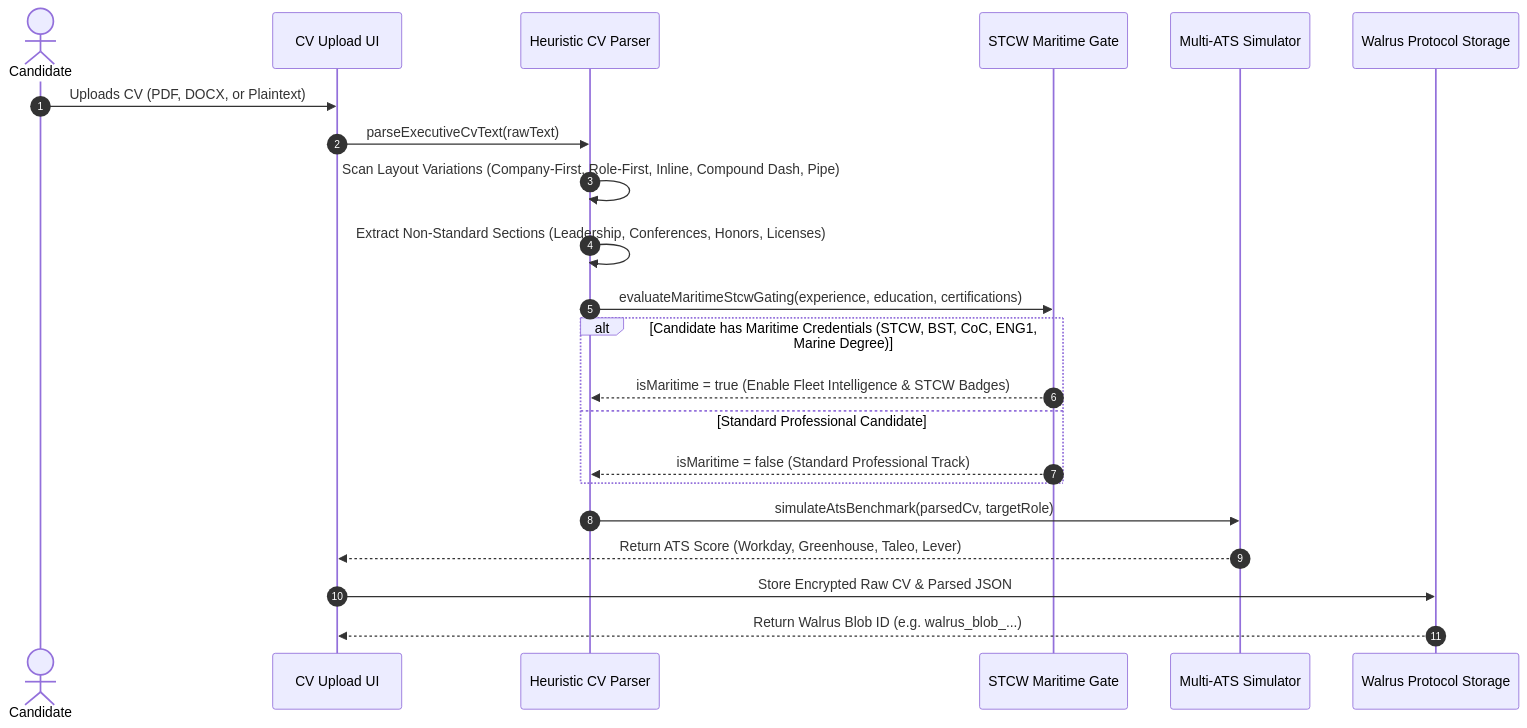
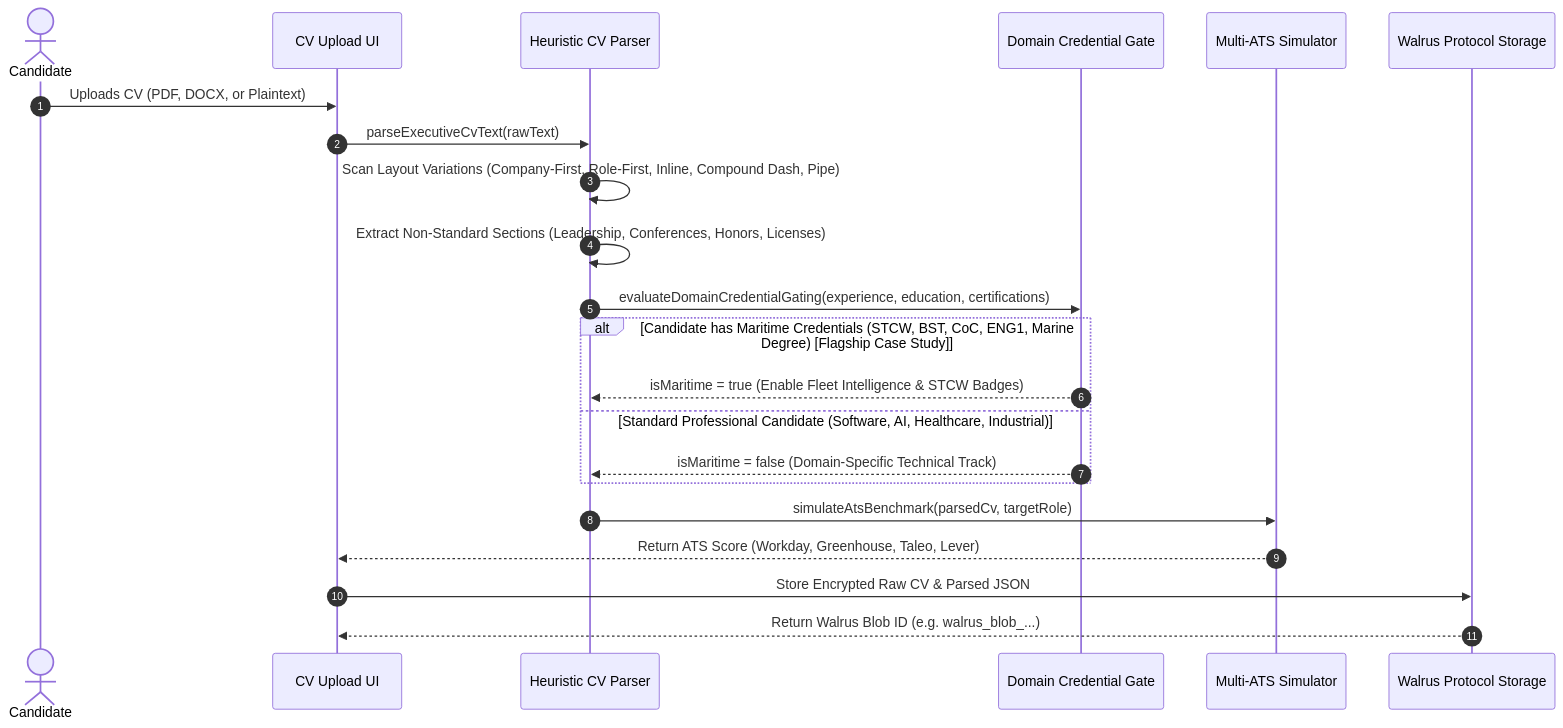
Before and after one commit to ibochivincent-lang/careerace: the first of 3 diagrams in ARCHITECTURE.md, drawn with Mermaid. The commit also changed other lines of this file and 6 other files, not shown here.

Commit message:
feat(domains): universal technical scope with maritime flagship case study, interactive sector tags, and prominent SuiNS passport display in sovereignty vault profile

````diff
--- a/ARCHITECTURE.md
+++ b/ARCHITECTURE.md
@@ -60,25 +62,25 @@
 ```mermaid
 sequenceDiagram
     autonumber
     actor Candidate as Candidate
     participant UI as CV Upload UI
     participant Parser as Heuristic CV Parser
-    participant Gating as STCW Maritime Gate
+    participant Gating as Domain Credential Gate
     participant ATS as Multi-ATS Simulator
     participant Walrus as Walrus Protocol Storage
 
     Candidate->>UI: Uploads CV (PDF, DOCX, or Plaintext)
     UI->>Parser: parseExecutiveCvText(rawText)
     Parser->>Parser: Scan Layout Variations (Company-First, Role-First, Inline, Compound Dash, Pipe)
     Parser->>Parser: Extract Non-Standard Sections (Leadership, Conferences, Honors, Licenses)
-    Parser->>Gating: evaluateMaritimeStcwGating(experience, education, certifications)
-    alt Candidate has Maritime Credentials (STCW, BST, CoC, ENG1, Marine Degree)
+    Parser->>Gating: evaluateDomainCredentialGating(experience, education, certifications)
+    alt Candidate has Maritime Credentials (STCW, BST, CoC, ENG1, Marine Degree) [Flagship Case Study]
         Gating-->>Parser: isMaritime = true (Enable Fleet Intelligence & STCW Badges)
-    else Standard Professional Candidate
-        Gating-->>Parser: isMaritime = false (Standard Professional Track)
+    else Standard Professional Candidate (Software, AI, Healthcare, Industrial)
+        Gating-->>Parser: isMaritime = false (Domain-Specific Technical Track)
     end
     Parser->>ATS: simulateAtsBenchmark(parsedCv, targetRole)
     ATS-->>UI: Return ATS Score (Workday, Greenhouse, Taleo, Lever)
     UI->>Walrus: Store Encrypted Raw CV & Parsed JSON
     Walrus-->>UI: Return Walrus Blob ID (e.g. walrus_blob_...)
 ```
````
